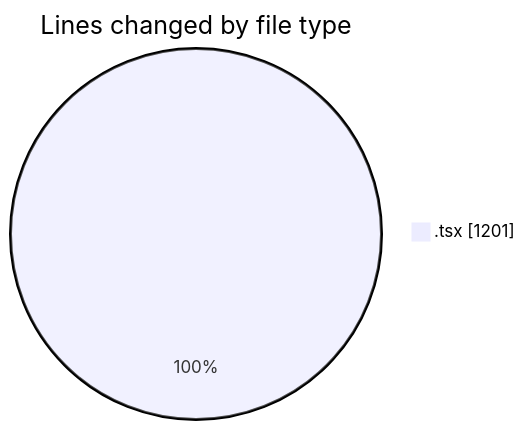
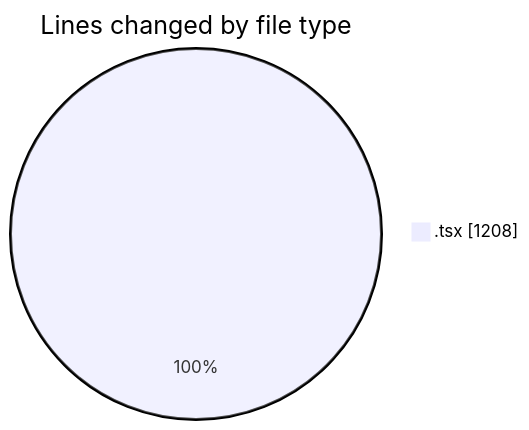
The first of 2 diagrams in 2025-08-21/napxuvn/README.md (lephambinh05/code-tracking), drawn with Mermaid before and after one commit. The commit also changed other lines of this file and 1 other file, not shown here.

````diff
--- a/2025-08-21/napxuvn/README.md
+++ b/2025-08-21/napxuvn/README.md
@@ -24,5 +24,5 @@
 ```mermaid
 pie showData
 title Lines changed by file type
-".tsx" : 1201
+".tsx" : 1208
 ```
````
